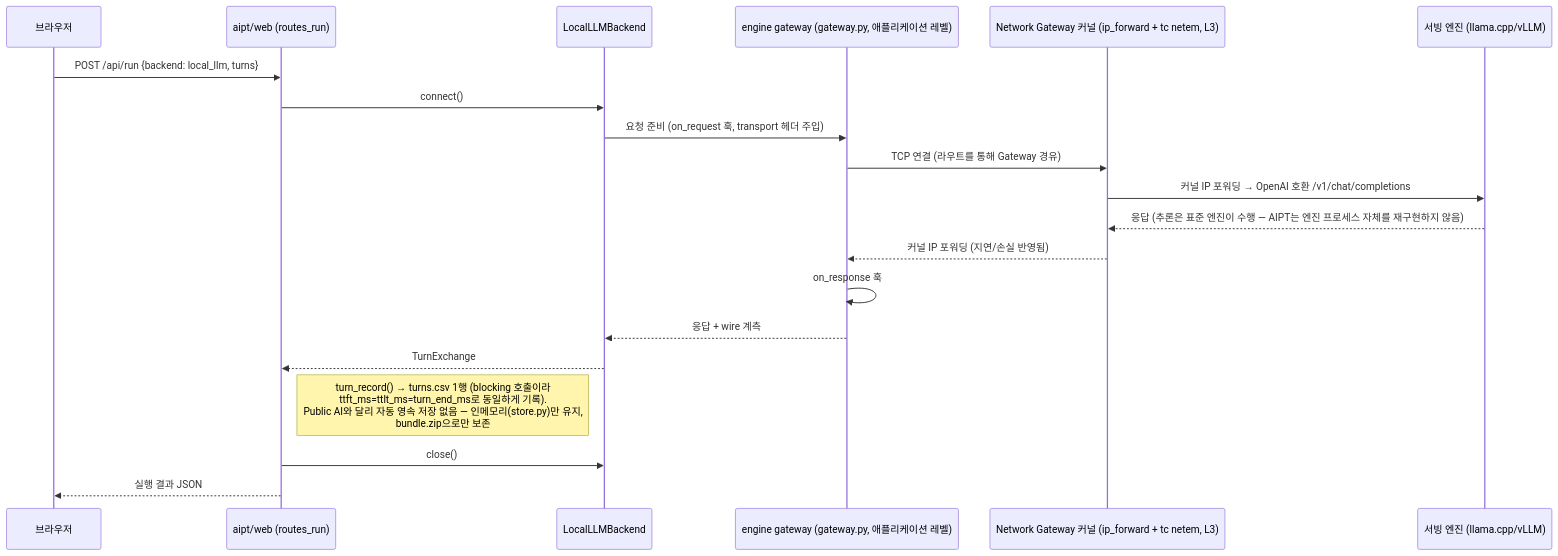
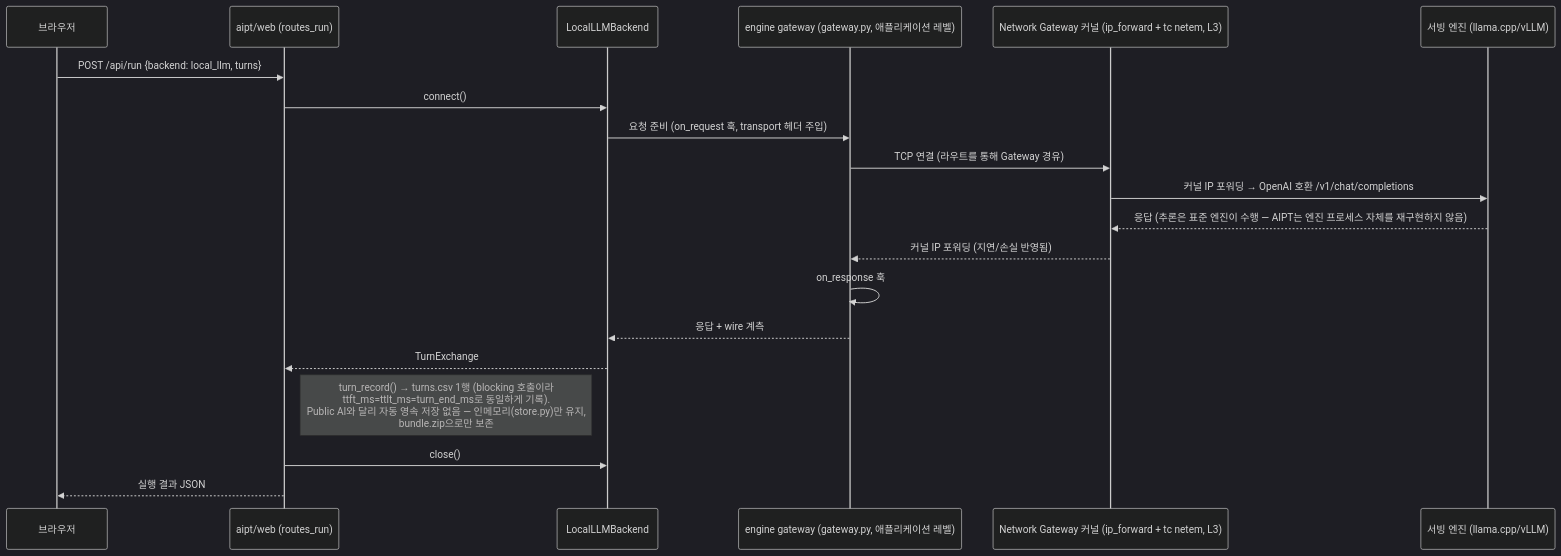
One commit to sangrokhan/remote_work changed the fifth of 5 diagrams in AIPT/ARCHITECTURE.md. Above: the diagram before and after it, drawn with Mermaid. The commit also changed other lines of this file, not shown here.

First line of the commit message:
docs(AIPT): §3.2 sequence diagram 폰트 크기 확대

````diff
--- a/AIPT/ARCHITECTURE.md
+++ b/AIPT/ARCHITECTURE.md
@@ -380,23 +382,24 @@
 ```mermaid
+%%{init: {'theme': 'dark', 'themeVariables': {'fontSize': '18px'}, 'sequence': {'actorFontSize': 16, 'messageFontSize': 16, 'noteFontSize': 15, 'width': 160}}}%%
 sequenceDiagram
     participant U as 브라우저
     participant W as aipt/web (routes_run)
     participant B as LocalLLMBackend
     participant EG as engine gateway (gateway.py, 애플리케이션 레벨)
     participant K as Network Gateway 커널 (ip_forward + tc netem, L3)
     participant E as 서빙 엔진 (llama.cpp/vLLM)
 
     U->>W: POST /api/run {backend: local_llm, turns}
     W->>B: connect()
     B->>EG: 요청 준비 (on_request 훅, transport 헤더 주입)
     EG->>K: TCP 연결 (라우트를 통해 Gateway 경유)
     K->>E: 커널 IP 포워딩 → OpenAI 호환 /v1/chat/completions
     E-->>K: 응답 (추론은 표준 엔진이 수행 — AIPT는 엔진 프로세스 자체를 재구현하지 않음)
     K-->>EG: 커널 IP 포워딩 (지연/손실 반영됨)
     EG->>EG: on_response 훅
     EG-->>B: 응답 + wire 계측
     B-->>W: TurnExchange
     Note right of W: turn_record() → turns.csv 1행 (blocking 호출이라<br/>ttft_ms=ttlt_ms=turn_end_ms로 동일하게 기록).<br/>Public AI와 달리 자동 영속 저장 없음 — 인메모리(store.py)만 유지,<br/>bundle.zip으로만 보존
     W->>B: close()
     W-->>U: 실행 결과 JSON
 ```
````
